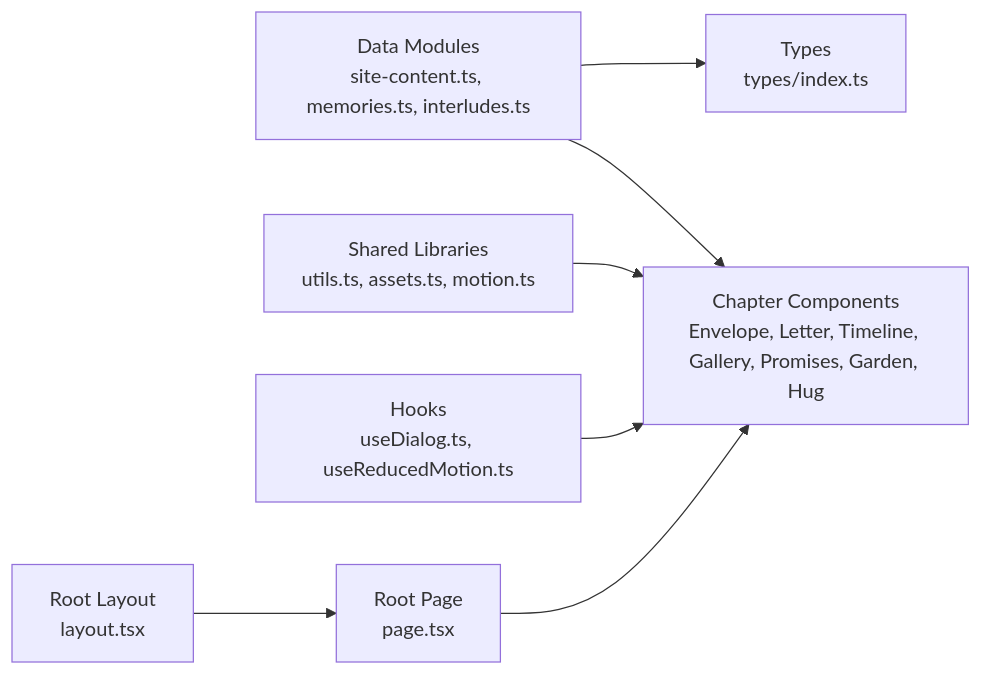
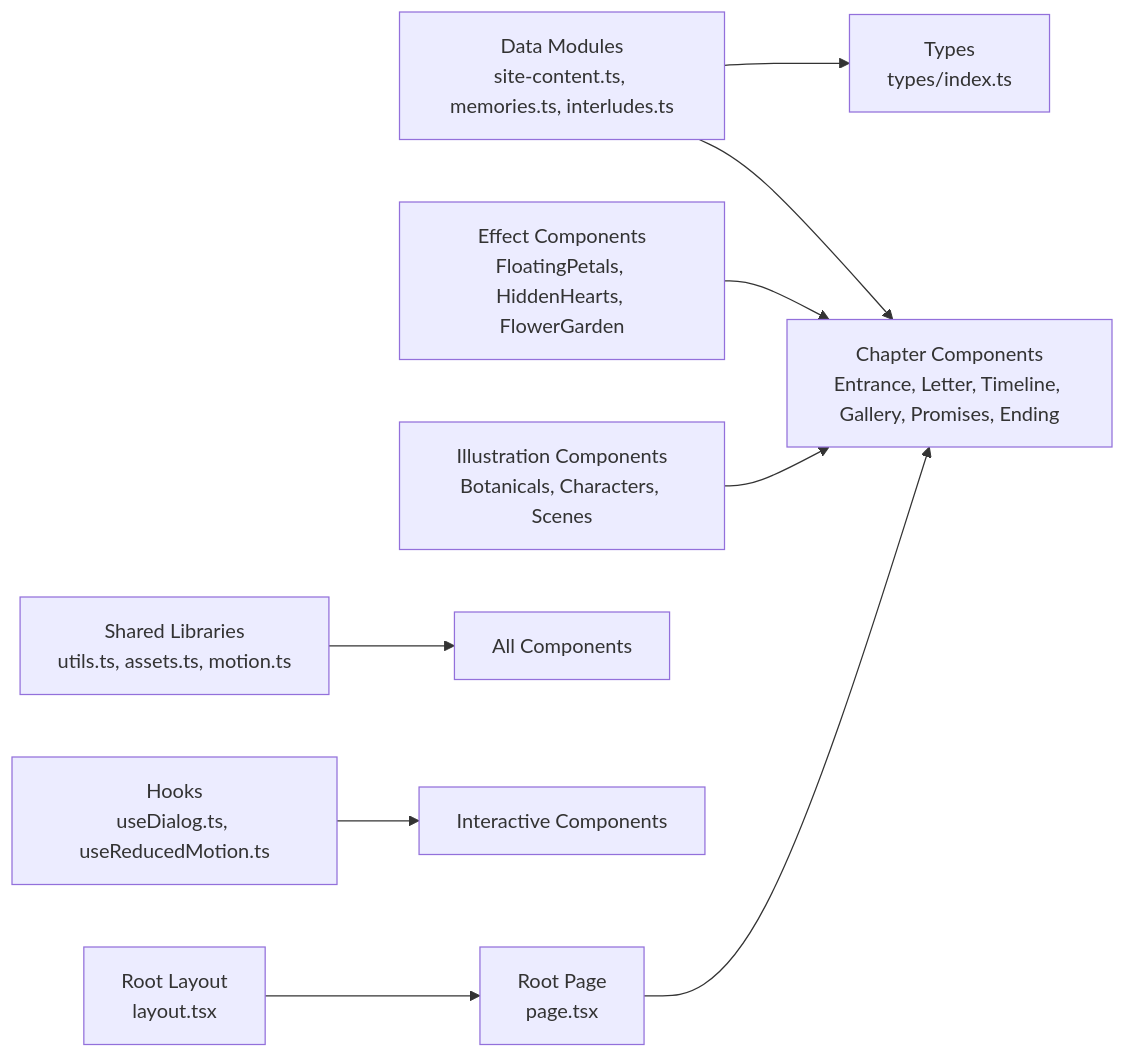
One commit to quangkiet1/anh-xin-loi changed the second of 6 diagrams in .qoder/repowiki/en/content/Implementation Guide/Component Architecture.md. Above: the diagram before and after it, drawn with Mermaid. The commit also changed other lines of this file and 13 other files, not shown here.

````diff
--- a/.qoder/repowiki/en/content/Implementation Guide/Component Architecture.md
+++ b/.qoder/repowiki/en/content/Implementation Guide/Component Architecture.md
@@ -155,9 +191,11 @@
 ```mermaid
 graph LR
 Data["Data Modules<br/>site-content.ts, memories.ts, interludes.ts"] --> Types["Types<br/>types/index.ts"]
-Data --> Components["Chapter Components<br/>Envelope, Letter, Timeline, Gallery, Promises, Garden, Hug"]
-Libs["Shared Libraries<br/>utils.ts, assets.ts, motion.ts"] --> Components
-Hooks["Hooks<br/>useDialog.ts, useReducedMotion.ts"] --> Components
-Page["Root Page<br/>page.tsx"] --> Components
+Data --> ChapterComponents["Chapter Components<br/>Entrance, Letter, Timeline, Gallery, Promises, Ending"]
+Effects["Effect Components<br/>FloatingPetals, HiddenHearts, FlowerGarden"] --> ChapterComponents
+Illustrations["Illustration Components<br/>Botanicals, Characters, Scenes"] --> ChapterComponents
+Libs["Shared Libraries<br/>utils.ts, assets.ts, motion.ts"] --> AllComponents["All Components"]
+Hooks["Hooks<br/>useDialog.ts, useReducedMotion.ts"] --> InteractiveComponents["Interactive Components"]
+Page["Root Page<br/>page.tsx"] --> ChapterComponents
 Layout["Root Layout<br/>layout.tsx"] --> Page
 ```
````
